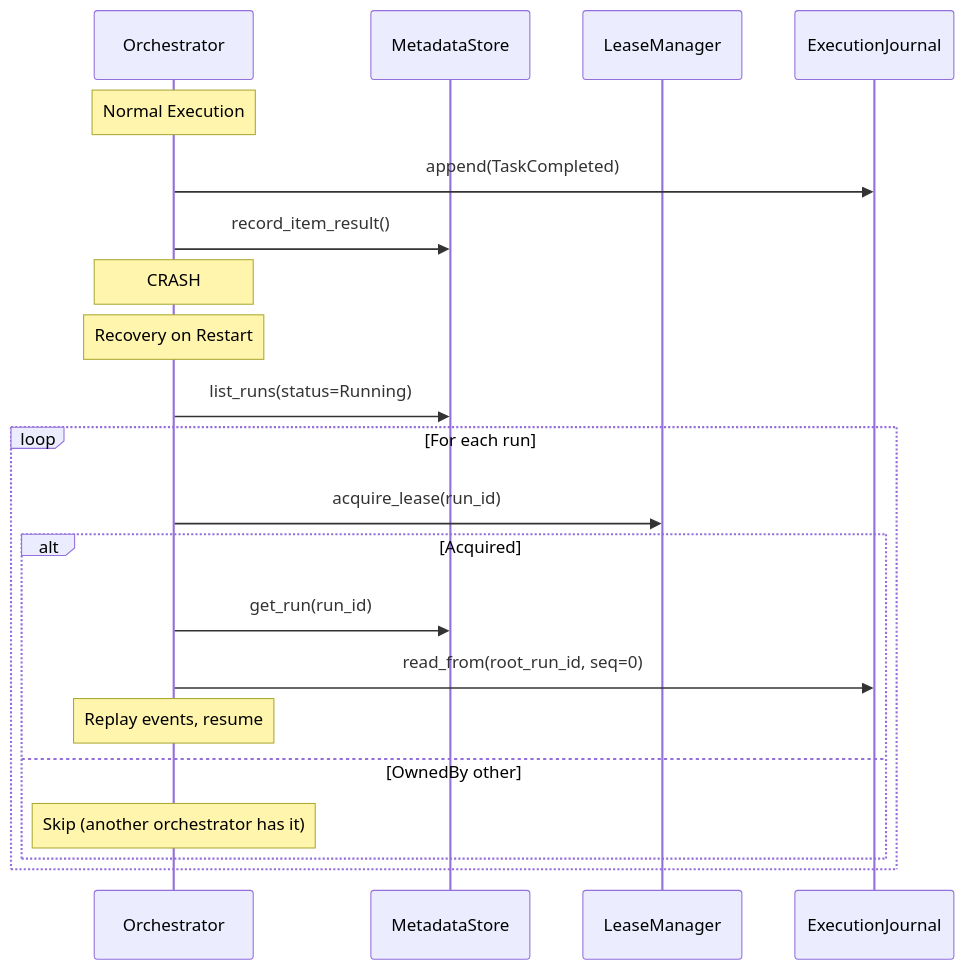
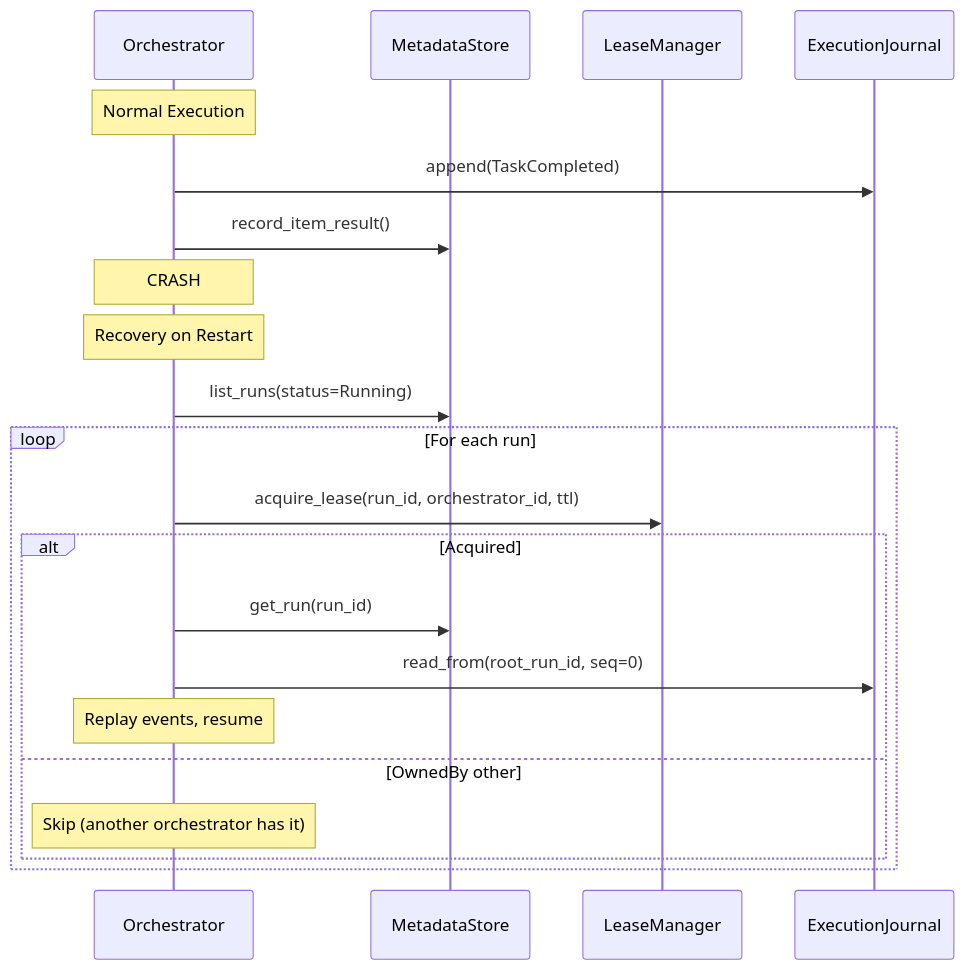
One commit to stepflow-ai/stepflow changed the second of 3 diagrams in docs/docs/deployment/persistence-recovery.md. Above: the diagram before and after it, drawn with Mermaid. The commit also changed 5 other files, not shown here.

````diff
--- a/docs/docs/deployment/persistence-recovery.md
+++ b/docs/docs/deployment/persistence-recovery.md
@@ -107,26 +107,26 @@
 ```mermaid
 sequenceDiagram
     participant Orch as Orchestrator
     participant Meta as MetadataStore
     participant Lease as LeaseManager
     participant Journal as ExecutionJournal
 
     Note over Orch: Normal Execution
     Orch->>Journal: append(TaskCompleted)
     Orch->>Meta: record_item_result()
 
     Note over Orch: CRASH
 
     Note over Orch: Recovery on Restart
     Orch->>Meta: list_runs(status=Running)
     loop For each run
-        Orch->>Lease: acquire_lease(run_id)
+        Orch->>Lease: acquire_lease(run_id, orchestrator_id, ttl)
         alt Acquired
             Orch->>Meta: get_run(run_id)
             Orch->>Journal: read_from(root_run_id, seq=0)
             Note over Orch: Replay events, resume
         else OwnedBy other
             Note over Orch: Skip (another orchestrator has it)
         end
     end
 ```
````
